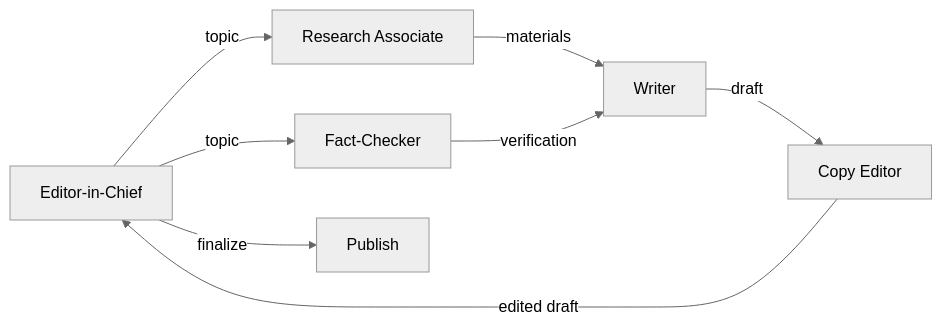
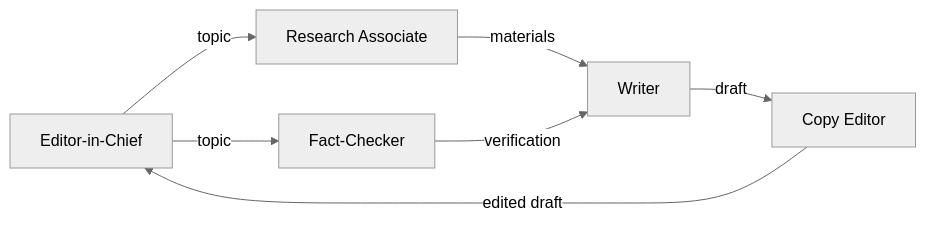
One commit to icylight/pi-tavern changed the fifth of 7 diagrams in README.en.md. Above: the diagram before and after it, drawn with Mermaid (neutral theme). The commit also changed other lines of this file and 1 other file, not shown here.

````diff
--- a/README.en.md
+++ b/README.en.md
@@ -158,9 +158,8 @@
 ```mermaid
 flowchart LR
     ED["Editor-in-Chief"] -->|"topic"| RS["Research Associate"] & FC["Fact-Checker"]
     RS -->|"materials"| AU["Writer"]
     FC -->|"verification"| AU
     AU -->|"draft"| CW["Copy Editor"]
     CW -->|"edited draft"| ED
-    ED -->|"finalize"| PUB["Publish"]
 ```
````
